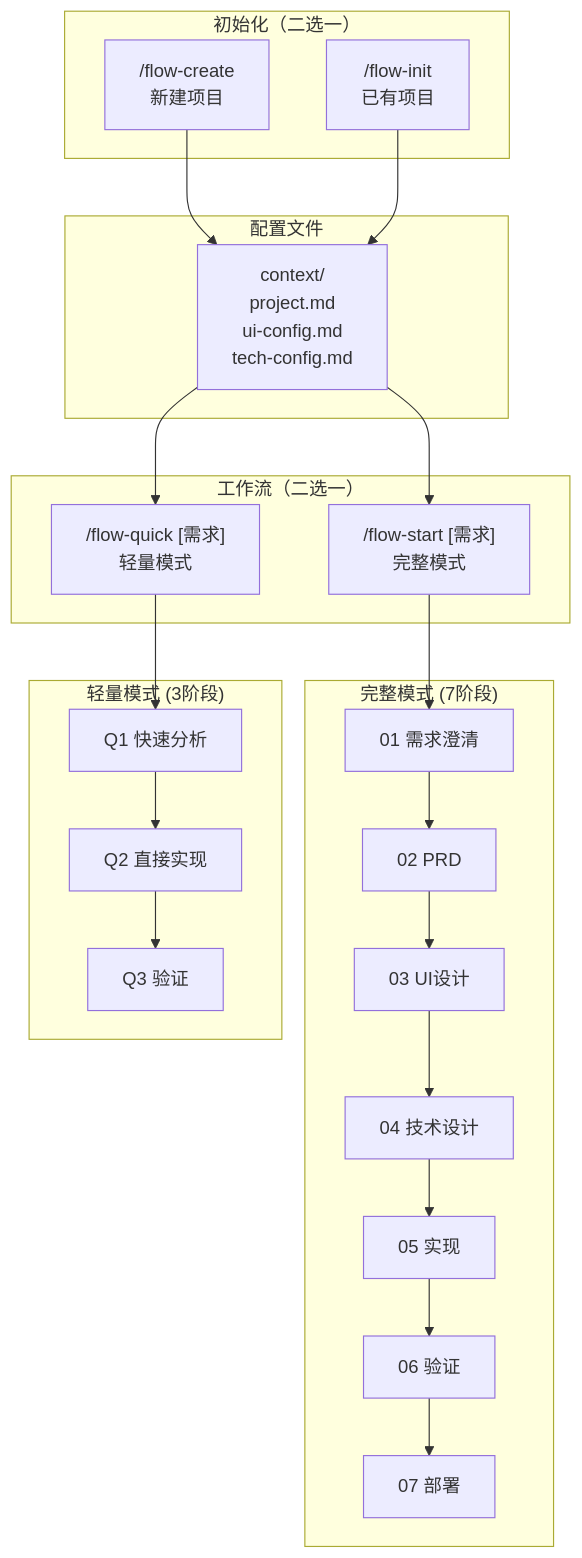
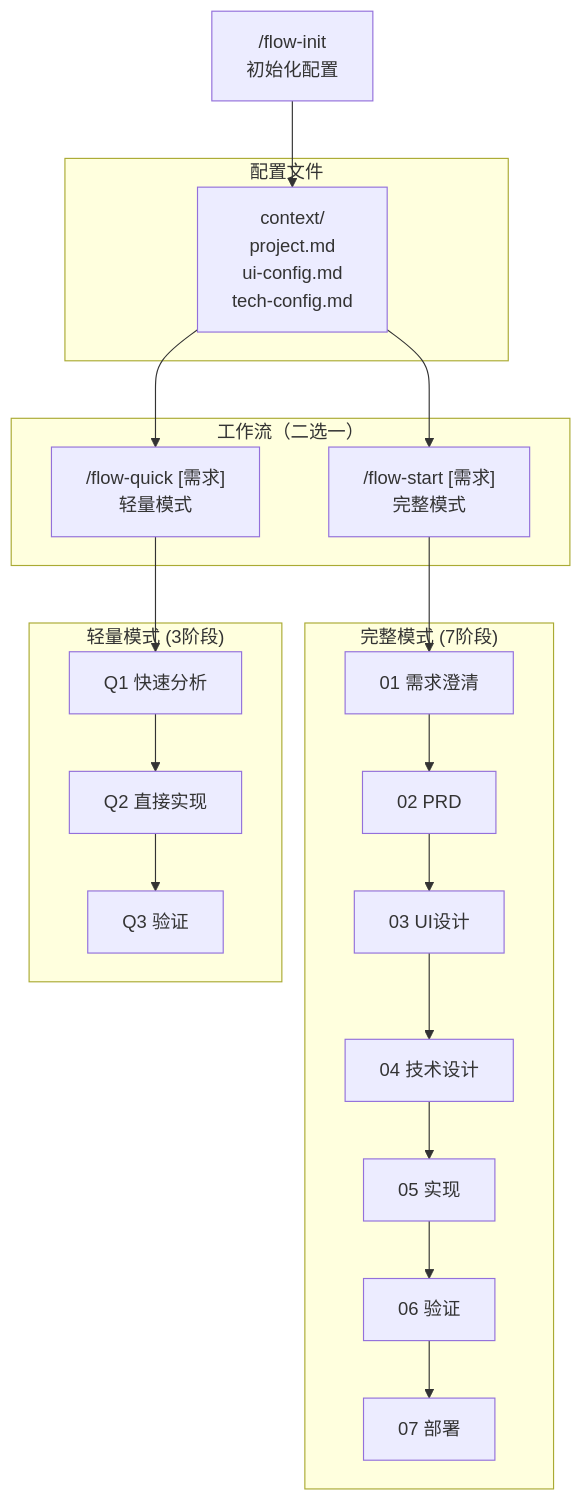
Before and after one commit to hakonleung/halo: the diagram in ai-coding/action.md, drawn with Mermaid. The commit also changed other lines of this file and 4 other files, not shown here.

Commit message:
perf: ai coding flow

````diff
--- a/ai-coding/action.md
+++ b/ai-coding/action.md
@@ -7,39 +7,35 @@
 ```mermaid
 flowchart TB
-    subgraph 初始化["初始化（二选一）"]
-        CREATE["/flow-create<br/>新建项目"]
-        INIT["/flow-init<br/>已有项目"]
-    end
+    INIT["/flow-init<br/>初始化配置"]
 
     subgraph 配置产出["配置文件"]
         CTX["context/<br/>project.md<br/>ui-config.md<br/>tech-config.md"]
     end
 
     subgraph 工作流["工作流（二选一）"]
         START["/flow-start [需求]<br/>完整模式"]
         QUICK["/flow-quick [需求]<br/>轻量模式"]
     end
 
     subgraph 完整阶段["完整模式 (7阶段)"]
         S01["01 需求澄清"]
         S02["02 PRD"]
         S03["03 UI设计"]
         S04["04 技术设计"]
         S05["05 实现"]
         S06["06 验证"]
         S07["07 部署"]
     end
 
     subgraph 轻量阶段["轻量模式 (3阶段)"]
         Q1["Q1 快速分析"]
         Q2["Q2 直接实现"]
         Q3["Q3 验证"]
     end
 
-    CREATE --> CTX
     INIT --> CTX
     CTX --> START
     CTX --> QUICK
     START --> S01 --> S02 --> S03 --> S04 --> S05 --> S06 --> S07
     QUICK --> Q1 --> Q2 --> Q3
 ```
````
